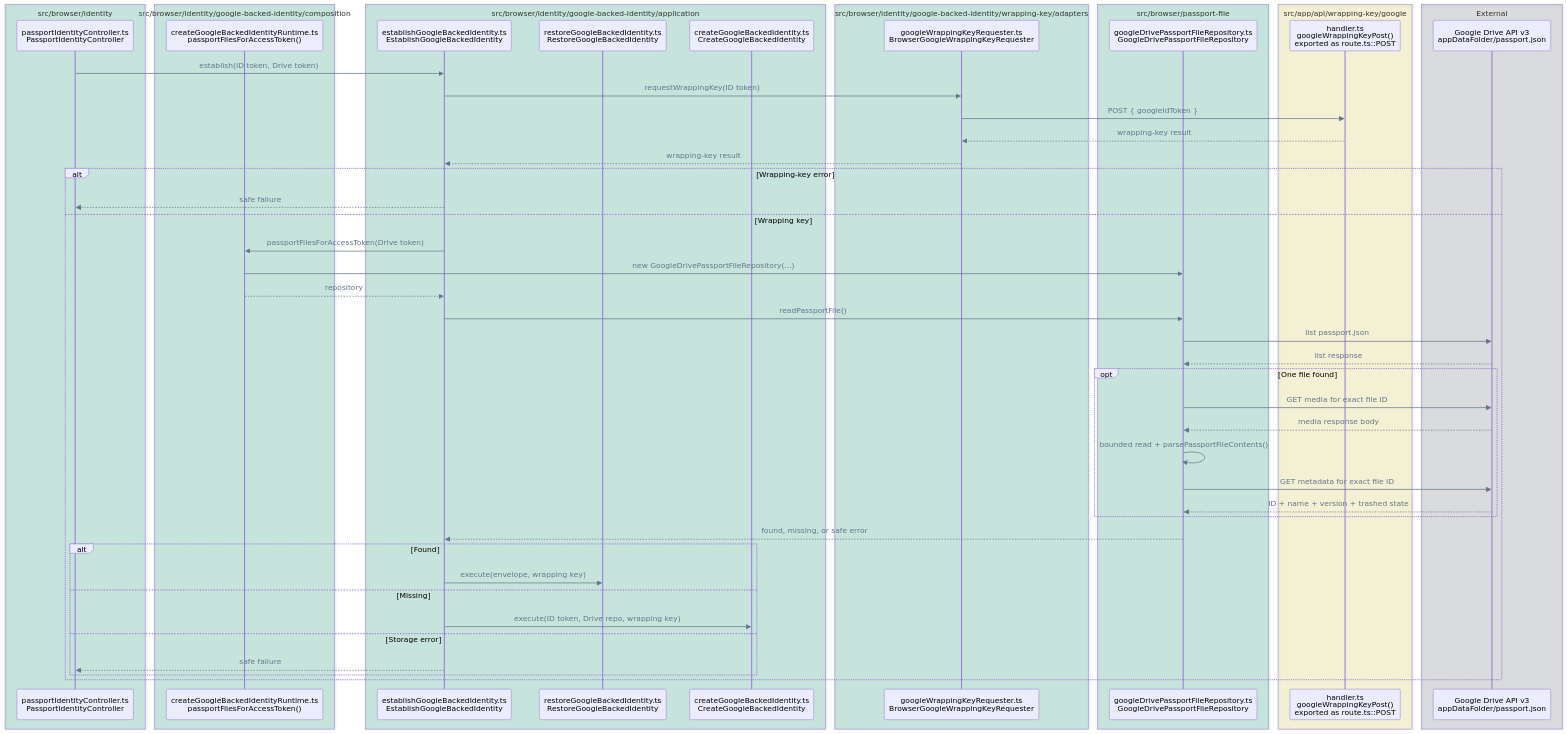
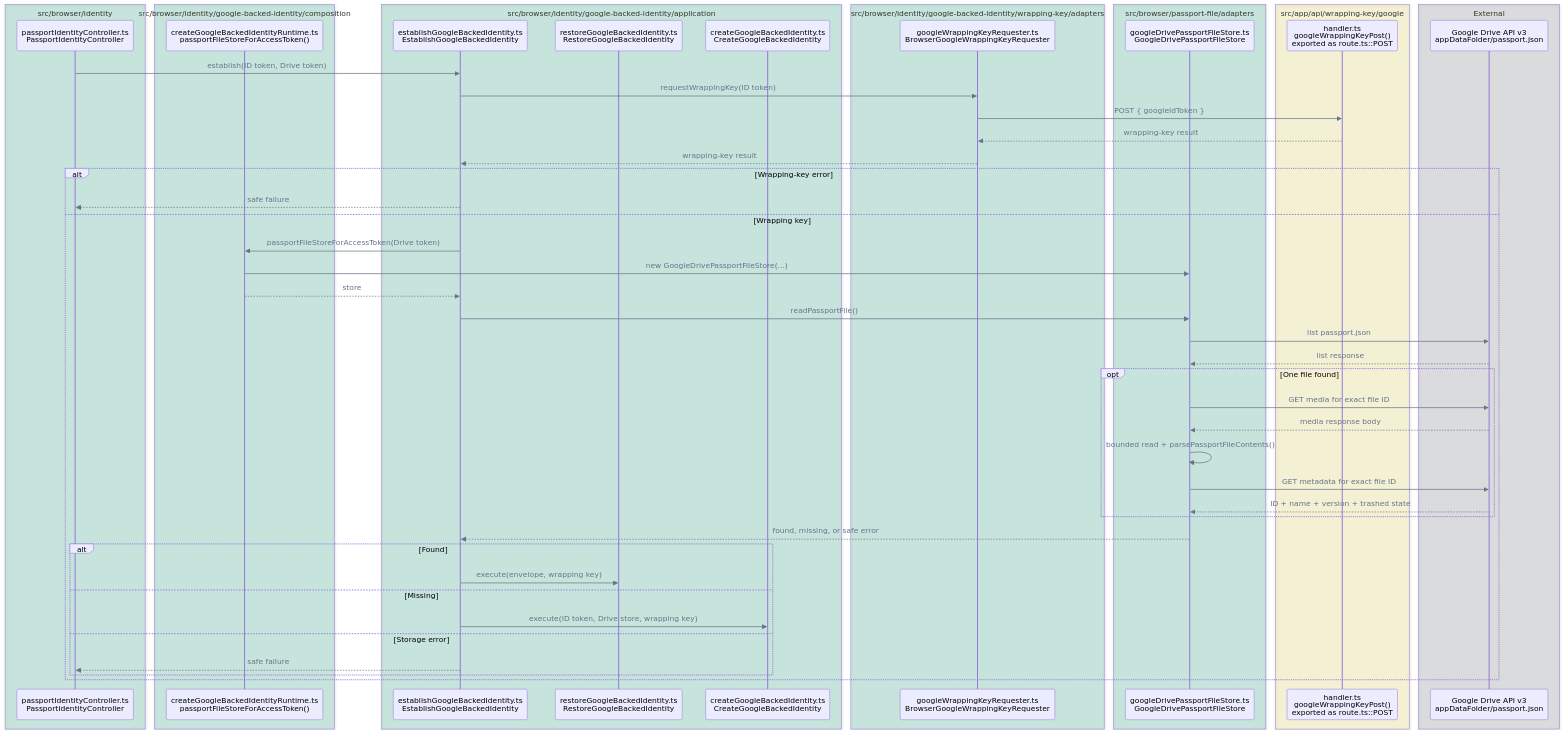
The eighth of 14 diagrams in FLOWS.md (pubky/pubky-passport), drawn with Mermaid before and after one commit. The commit also changed other lines of this file and 50 other files, not shown here.

````diff
--- a/FLOWS.md
+++ b/FLOWS.md
@@ -371,60 +377,60 @@
 ```mermaid
 %%{init: {"themeVariables": {"signalColor": "#64748B", "signalTextColor": "#64748B"}}}%%
 sequenceDiagram
     accTitle: Google-backed identity establishment call flow
     accDescr: The coordinator requests a wrapping key, reads the encrypted Drive file, and dispatches to restore or create without passing wrapping material to Drive storage.
     box rgba(0, 158, 115, 0.18) src/browser/identity
         participant Controller as passportIdentityController.ts<br/>PassportIdentityController
     end
     box rgba(0, 158, 115, 0.18) src/browser/identity/google-backed-identity/composition
-        participant DriveFactory as createGoogleBackedIdentityRuntime.ts<br/>passportFilesForAccessToken()
+        participant DriveFactory as createGoogleBackedIdentityRuntime.ts<br/>passportFileStoreForAccessToken()
     end
     box rgba(0, 158, 115, 0.18) src/browser/identity/google-backed-identity/application
         participant Establish as establishGoogleBackedIdentity.ts<br/>EstablishGoogleBackedIdentity
         participant Restore as restoreGoogleBackedIdentity.ts<br/>RestoreGoogleBackedIdentity
         participant Creator as createGoogleBackedIdentity.ts<br/>CreateGoogleBackedIdentity
     end
     box rgba(0, 158, 115, 0.18) src/browser/identity/google-backed-identity/wrapping-key/adapters
         participant Wrapping as googleWrappingKeyRequester.ts<br/>BrowserGoogleWrappingKeyRequester
     end
-    box rgba(0, 158, 115, 0.18) src/browser/passport-file
-        participant DriveRepo as googleDrivePassportFileRepository.ts<br/>GoogleDrivePassportFileRepository
+    box rgba(0, 158, 115, 0.18) src/browser/passport-file/adapters
+        participant DriveStore as googleDrivePassportFileStore.ts<br/>GoogleDrivePassportFileStore
     end
     box rgba(240, 228, 66, 0.18) src/app/api/wrapping-key/google
         participant API as handler.ts<br/>googleWrappingKeyPost()<br/>exported as route.ts::POST
     end
     box rgba(17, 24, 39, 0.12) External
         participant Drive as Google Drive API v3<br/>appDataFolder/passport.json
     end
 
     Controller->>Establish: establish(ID token, Drive token)
     Establish->>Wrapping: requestWrappingKey(ID token)
     Wrapping->>API: POST { googleIdToken }
     API-->>Wrapping: wrapping-key result
     Wrapping-->>Establish: wrapping-key result
     alt Wrapping-key error
         Establish-->>Controller: safe failure
     else Wrapping key
-        Establish->>DriveFactory: passportFilesForAccessToken(Drive token)
-        DriveFactory->>DriveRepo: new GoogleDrivePassportFileRepository(...)
-        DriveFactory-->>Establish: repository
-        Establish->>DriveRepo: readPassportFile()
-        DriveRepo->>Drive: list passport.json
-        Drive-->>DriveRepo: list response
+        Establish->>DriveFactory: passportFileStoreForAccessToken(Drive token)
+        DriveFactory->>DriveStore: new GoogleDrivePassportFileStore(...)
+        DriveFactory-->>Establish: store
+        Establish->>DriveStore: readPassportFile()
+        DriveStore->>Drive: list passport.json
+        Drive-->>DriveStore: list response
         opt One file found
-            DriveRepo->>Drive: GET media for exact file ID
-            Drive-->>DriveRepo: media response body
-            DriveRepo->>DriveRepo: bounded read + parsePassportFileContents()
-            DriveRepo->>Drive: GET metadata for exact file ID
-            Drive-->>DriveRepo: ID + name + version + trashed state
+            DriveStore->>Drive: GET media for exact file ID
+            Drive-->>DriveStore: media response body
+            DriveStore->>DriveStore: bounded read + parsePassportFileContents()
+            DriveStore->>Drive: GET metadata for exact file ID
+            Drive-->>DriveStore: ID + name + version + trashed state
         end
-        DriveRepo-->>Establish: found, missing, or safe error
+        DriveStore-->>Establish: found, missing, or safe error
         alt Found
             Establish->>Restore: execute(envelope, wrapping key)
         else Missing
-            Establish->>Creator: execute(ID token, Drive repo, wrapping key)
+            Establish->>Creator: execute(ID token, Drive store, wrapping key)
         else Storage error
             Establish-->>Controller: safe failure
         end
     end
 ```
````
